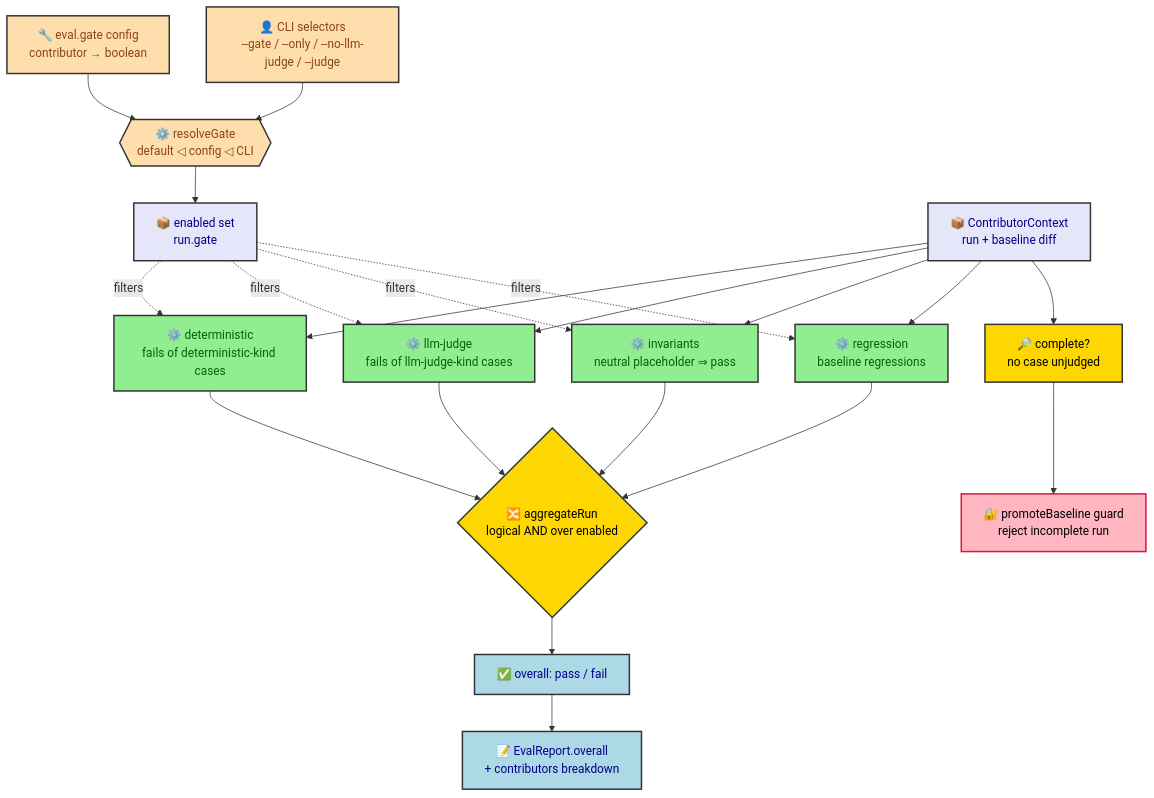
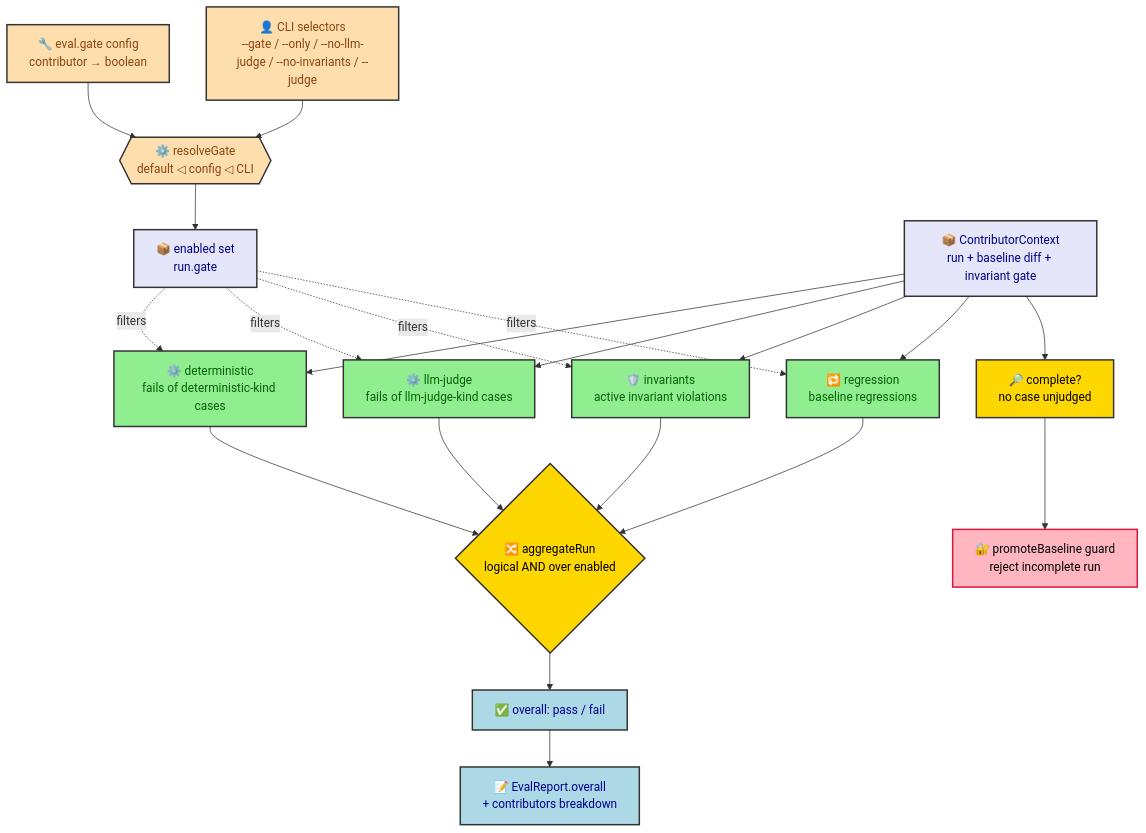
The diagram in docs/eval-verdict-aggregation.md (joctaTorres/ratchet), drawn with Mermaid before and after one commit. The commit also changed other lines of this file and 22 other files, not shown here.

First line of the commit message:
feat(eval): invariants as a first-class run-level gate contributor

````diff
--- a/docs/eval-verdict-aggregation.md
+++ b/docs/eval-verdict-aggregation.md
@@ -17,46 +17,46 @@
 ```mermaid
 flowchart TD
     CFG[🔧 eval.gate config<br/>contributor → boolean]
-    CLI[👤 CLI selectors<br/>--gate / --only / --no-llm-judge / --judge]
+    CLI[👤 CLI selectors<br/>--gate / --only / --no-llm-judge / --no-invariants / --judge]
     GATE{{⚙️ resolveGate<br/>default ◁ config ◁ CLI}}
     CFG --> GATE
     CLI --> GATE
     GATE --> ENABLED[📦 enabled set<br/>run.gate]
 
-    CTX[📦 ContributorContext<br/>run + baseline diff]
+    CTX[📦 ContributorContext<br/>run + baseline diff + invariant gate]
 
     CTX --> DET[⚙️ deterministic<br/>fails of deterministic-kind cases]
     CTX --> LLM[⚙️ llm-judge<br/>fails of llm-judge-kind cases]
-    CTX --> INV[⚙️ invariants<br/>neutral placeholder ⇒ pass]
-    CTX --> REG[⚙️ regression<br/>baseline regressions]
+    CTX --> INV[🛡️ invariants<br/>active invariant violations]
+    CTX --> REG[🔁 regression<br/>baseline regressions]
 
     ENABLED -. filters .-> DET
     ENABLED -. filters .-> LLM
     ENABLED -. filters .-> INV
     ENABLED -. filters .-> REG
 
     DET --> AND{🔀 aggregateRun<br/>logical AND over enabled}
     LLM --> AND
     INV --> AND
     REG --> AND
 
     AND --> OVERALL[✅ overall: pass / fail]
     CTX --> COMPLETE[🔎 complete?<br/>no case unjudged]
 
     OVERALL --> REPORT[📝 EvalReport.overall<br/>+ contributors breakdown]
     COMPLETE --> GUARD[🔐 promoteBaseline guard<br/>reject incomplete run]
 
     classDef input    fill:#E6E6FA,stroke:#333,stroke-width:2px,color:darkblue
     classDef select   fill:#FFDEAD,stroke:#333,stroke-width:2px,color:saddlebrown
     classDef contrib  fill:#90EE90,stroke:#333,stroke-width:2px,color:darkgreen
     classDef core     fill:#FFD700,stroke:#333,stroke-width:2px,color:black
     classDef sink     fill:#ADD8E6,stroke:#333,stroke-width:2px,color:darkblue
     classDef guard    fill:#FFB6C1,stroke:#DC143C,stroke-width:2px,color:black
 
     class CTX,ENABLED input
     class CFG,CLI,GATE select
     class DET,LLM,INV,REG contrib
     class AND,COMPLETE core
     class OVERALL,REPORT sink
     class GUARD guard
 ```
````
